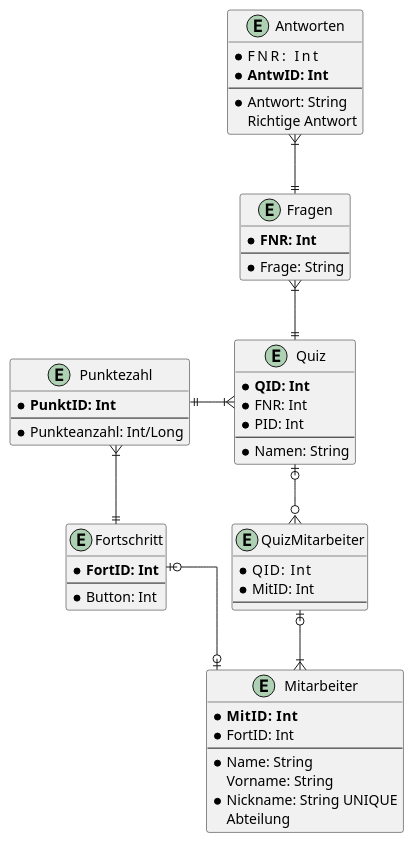
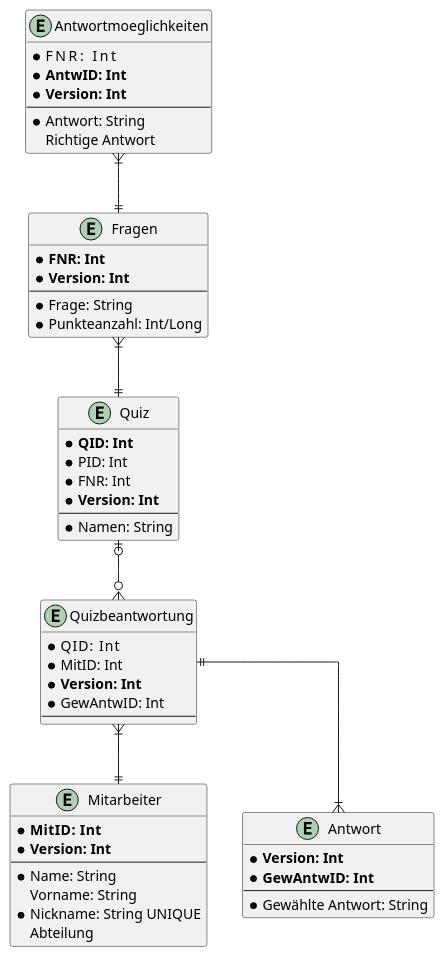
Before and after one commit to game-admin/game: the diagram in documentation/diagrams/ER-Modell.adoc, drawn with PlantUML. The commit also changed 3 other files, not shown here.

Commit message:
Er-Modell updated and implemented into the GAME_architecure

```diff
--- a/documentation/diagrams/ER-Modell.adoc
+++ b/documentation/diagrams/ER-Modell.adoc
@@ -1,71 +1,71 @@
 [plantuml, diagram-classes, png]     
 ....
 ' avoid problems with angled crows feet
 skinparam linetype ortho
 
-entity Punktezahl {
-    * **PunktID: Int**
-    --
-    * Punkteanzahl: Int/Long
-}
+
 together {
 
     entity Quiz {
         * **QID: Int**
+        * PID: Int
         * FNR: Int
-        * PID: Int
+        * **Version: Int**
         --
         * Namen: String
     }
     
-    entity QuizMitarbeiter {
+    entity Quizbeantwortung {
         * QID:   Int
-        * MitID: Int  
+        * MitID: Int
+        * **Version: Int**
+        * GewAntwID: Int
         --
     }
     
     entity Mitarbeiter {
         * **MitID:  Int**
-        * FortID: Int
+        * **Version: Int**
         --
         * Name: String
         Vorname: String
         * Nickname: String UNIQUE
         Abteilung
     }
     
 }
 
-entity Fortschritt {
-    * **FortID: Int**
+entity Fragen {
+    * **FNR: Int**
+    * **Version: Int**
     --
-    * Button: Int
+    * Frage: String
+    * Punkteanzahl: Int/Long
 }
 
-entity Fragen {
-    * **FNR: Int**
-    --
-    * Frage: String
-}
-
-entity Antworten {
+entity Antwortmoeglichkeiten {
     * FNR:      Int
     * **AntwID: Int**
+    * **Version: Int**
     --
     * Antwort: String
     Richtige Antwort
+}
+
+entity Antwort {
+    * **Version: Int**
+    * **GewAntwID: Int**
+    --
+    * Gewählte Antwort: String
 }
 
 
 
 
 
-Antworten}|--||Fragen
+Antwortmoeglichkeiten}|--||Fragen
 Fragen}|--||Quiz
-Quiz|o--o{QuizMitarbeiter
-QuizMitarbeiter|o--|{Mitarbeiter
-Quiz}|--||Punktezahl
-Punktezahl}|--||Fortschritt
-Fortschritt|o--o|Mitarbeiter
-
+Quiz|o--o{Quizbeantwortung
+Quizbeantwortung}|--||Mitarbeiter
+Quizbeantwortung||--|{Antwort
 ....
```
